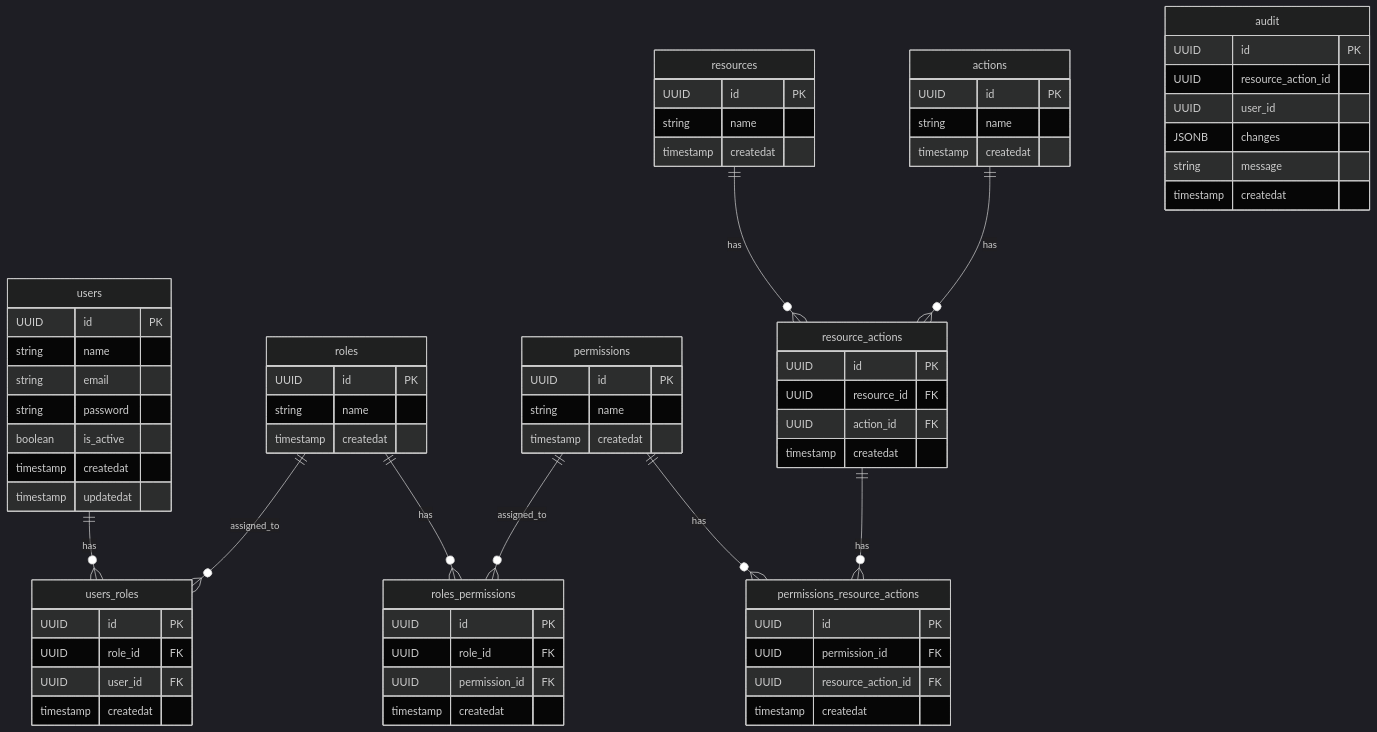
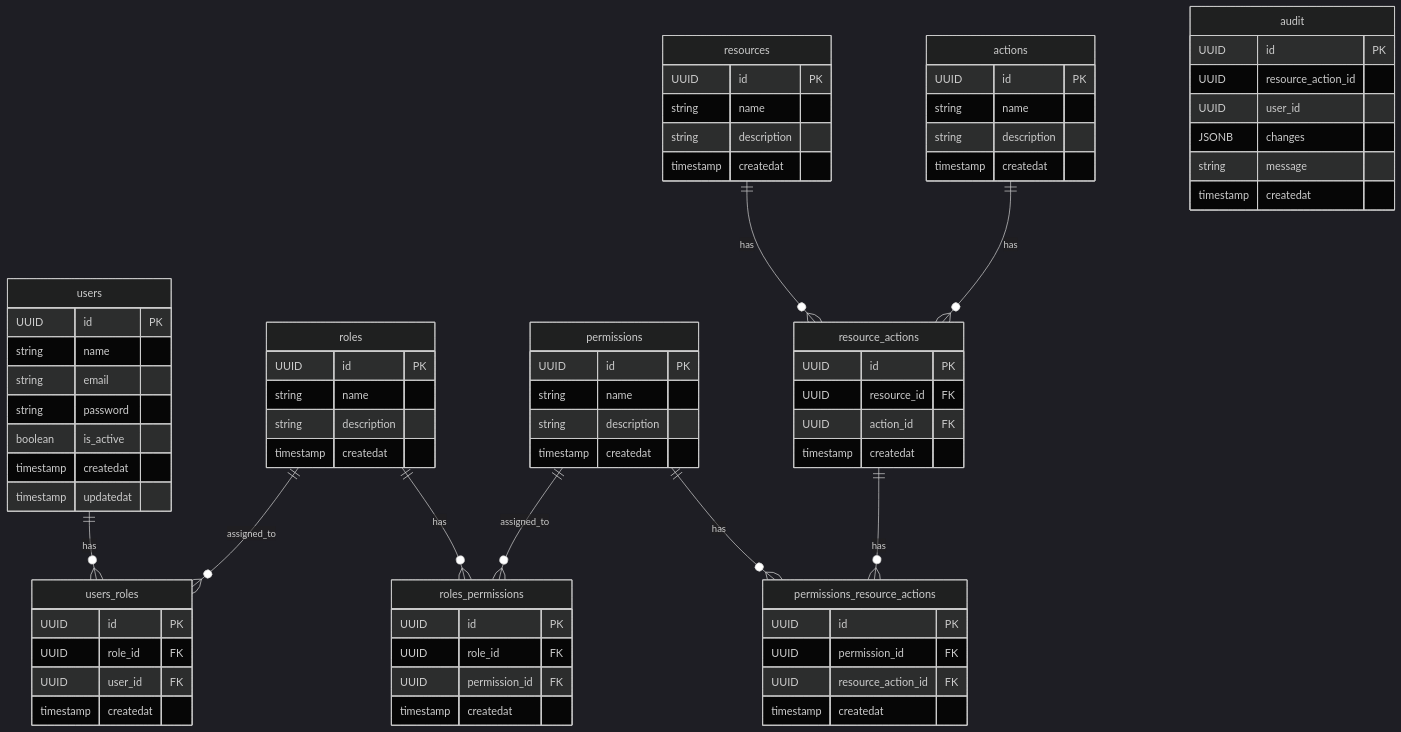
The diagram in README.md (0xhunterkiller/berry), drawn with Mermaid (dark theme) before and after one commit. The commit also changed 19 other files, not shown here.

```diff
--- a/README.md
+++ b/README.md
@@ -55,6 +55,7 @@
     roles {
         UUID id PK
         string name
+        string description
         timestamp createdat
     }
 
@@ -68,6 +69,7 @@
     permissions {
         UUID id PK
         string name
+        string description
         timestamp createdat
     }
 
@@ -81,12 +83,14 @@
     resources {
         UUID id PK
         string name
+        string description
         timestamp createdat
     }
 
     actions {
         UUID id PK
         string name
+        string description
         timestamp createdat
     }
 
```
